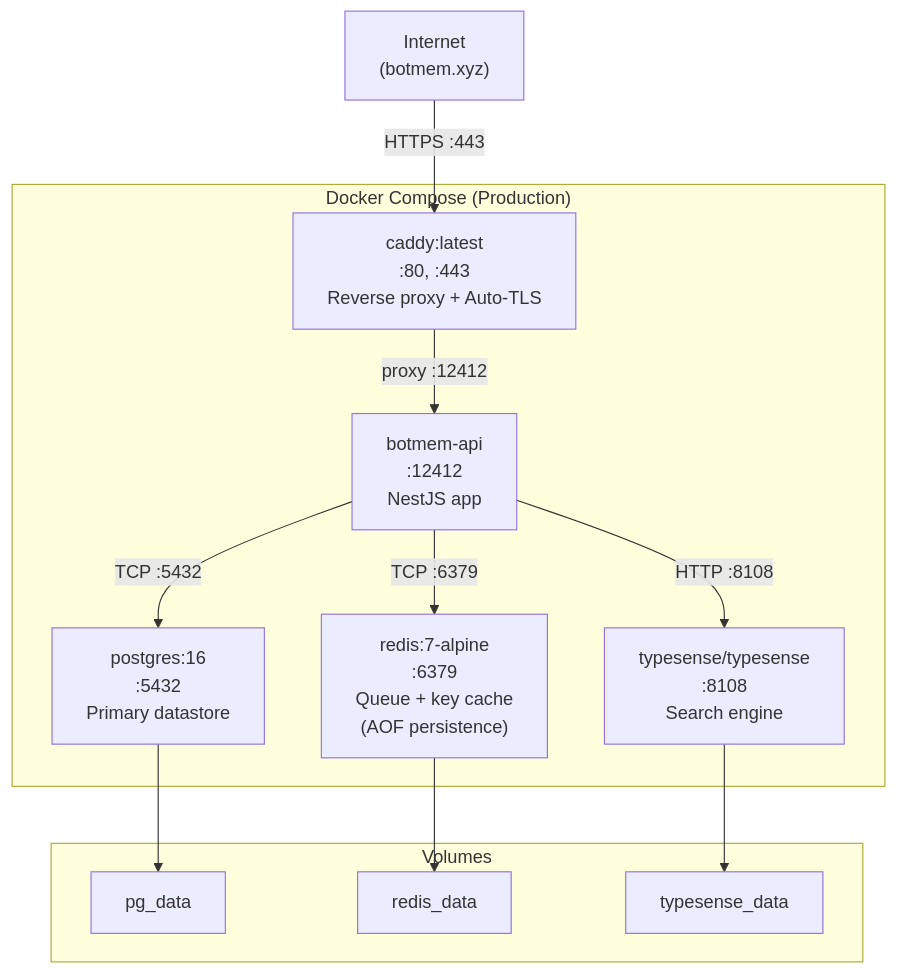
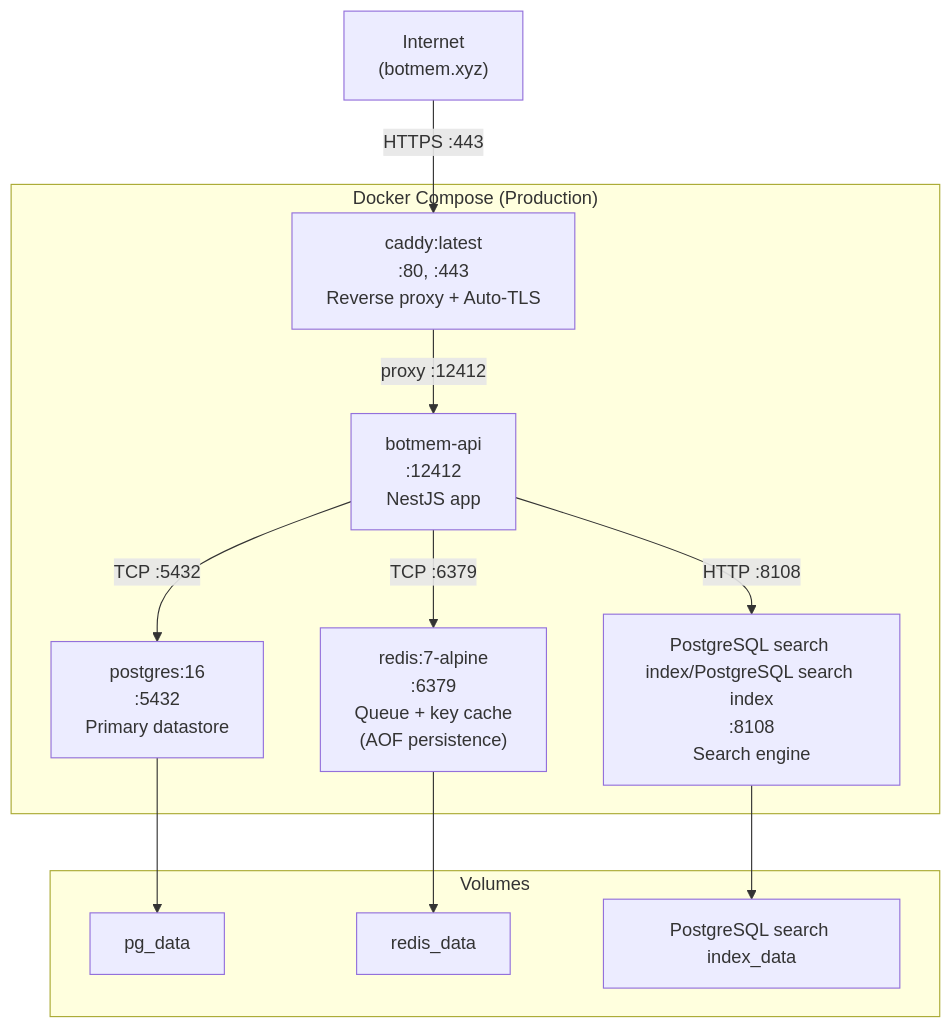
Before and after one commit to botmem/botmem: diagram 19 of 20 in docs/architecture/LLD.md, drawn with Mermaid. The commit also changed other lines of this file and 117 other files, not shown here.

Commit message:
feat: move search index into postgres

````diff
--- a/docs/architecture/LLD.md
+++ b/docs/architecture/LLD.md
@@ -841,26 +845,26 @@
 ```mermaid
 graph TB
     subgraph "Docker Compose (Production)"
         Caddy["caddy:latest<br/>:80, :443<br/>Reverse proxy + Auto-TLS"]
         API["botmem-api<br/>:12412<br/>NestJS app"]
         PG["postgres:16<br/>:5432<br/>Primary datastore"]
         Redis["redis:7-alpine<br/>:6379<br/>Queue + key cache<br/>(AOF persistence)"]
-        TS["typesense/typesense<br/>:8108<br/>Search engine"]
+        TS["PostgreSQL search index/PostgreSQL search index<br/>:8108<br/>Search engine"]
     end
 
     Internet["Internet<br/>(botmem.xyz)"] -->|"HTTPS :443"| Caddy
     Caddy -->|"proxy :12412"| API
     API -->|"TCP :5432"| PG
     API -->|"TCP :6379"| Redis
     API -->|"HTTP :8108"| TS
 
     subgraph "Volumes"
         PGData["pg_data"]
         RedisData["redis_data"]
-        TSData["typesense_data"]
+        TSData["PostgreSQL search index_data"]
     end
 
     PG --> PGData
     Redis --> RedisData
     TS --> TSData
 ```
````
